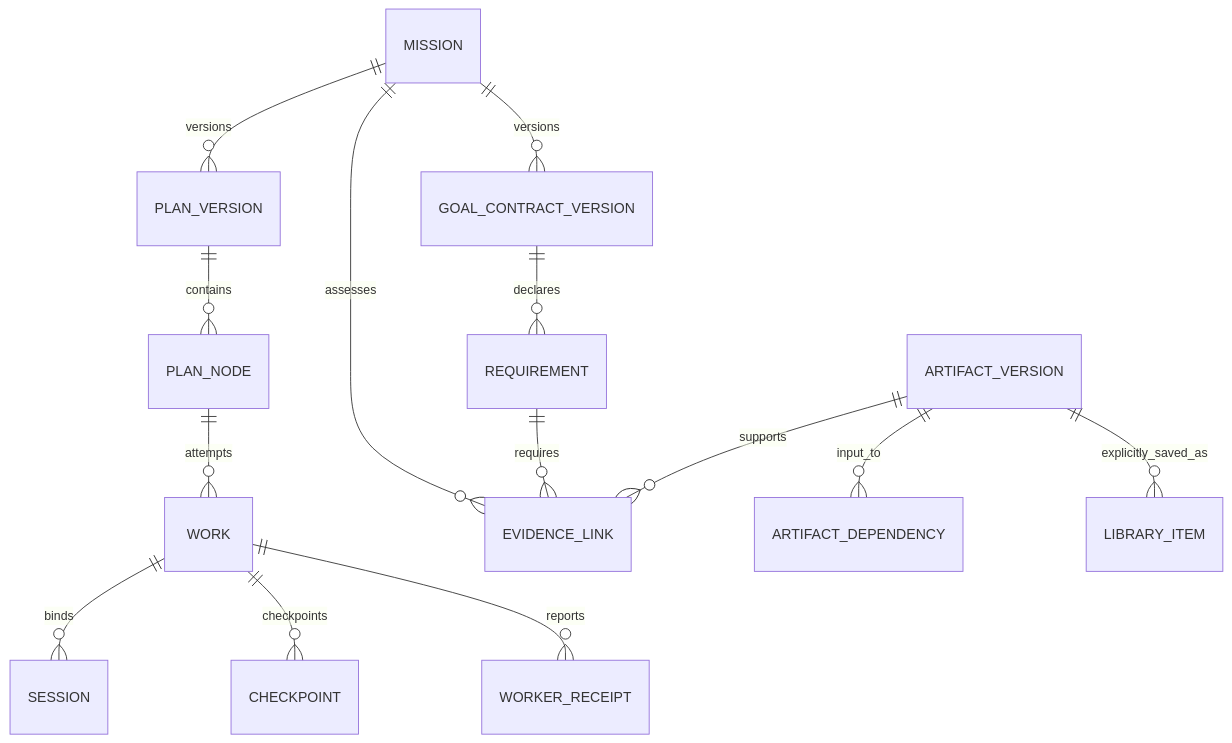
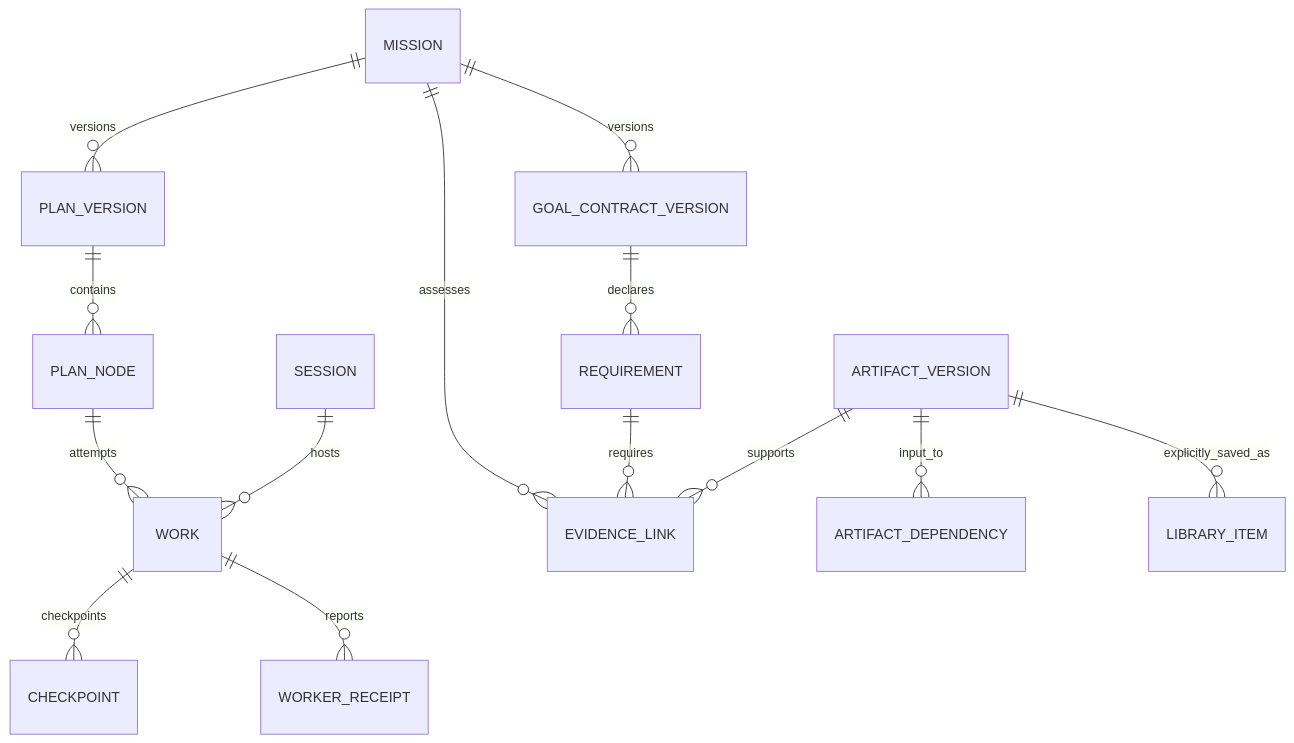
One commit to sarv-projects/agentcowork changed the eighth of 10 diagrams in ARCH/50-SYSTEM-BLUEPRINT.md. Above: the diagram before and after it, drawn with Mermaid. The commit also changed other lines of this file and 20 other files, not shown here.

````diff
--- a/ARCH/50-SYSTEM-BLUEPRINT.md
+++ b/ARCH/50-SYSTEM-BLUEPRINT.md
@@ -174,16 +174,16 @@
 ```mermaid
 erDiagram
   MISSION ||--o{ GOAL_CONTRACT_VERSION : versions
   GOAL_CONTRACT_VERSION ||--o{ REQUIREMENT : declares
   MISSION ||--o{ PLAN_VERSION : versions
   PLAN_VERSION ||--o{ PLAN_NODE : contains
   PLAN_NODE ||--o{ WORK : attempts
-  WORK ||--o{ SESSION : binds
+  SESSION ||--o{ WORK : hosts
   WORK ||--o{ CHECKPOINT : checkpoints
   WORK ||--o{ WORKER_RECEIPT : reports
   MISSION ||--o{ EVIDENCE_LINK : assesses
   REQUIREMENT ||--o{ EVIDENCE_LINK : requires
   ARTIFACT_VERSION ||--o{ EVIDENCE_LINK : supports
   ARTIFACT_VERSION ||--o{ ARTIFACT_DEPENDENCY : input_to
   ARTIFACT_VERSION ||--o{ LIBRARY_ITEM : explicitly_saved_as
 ```
````
